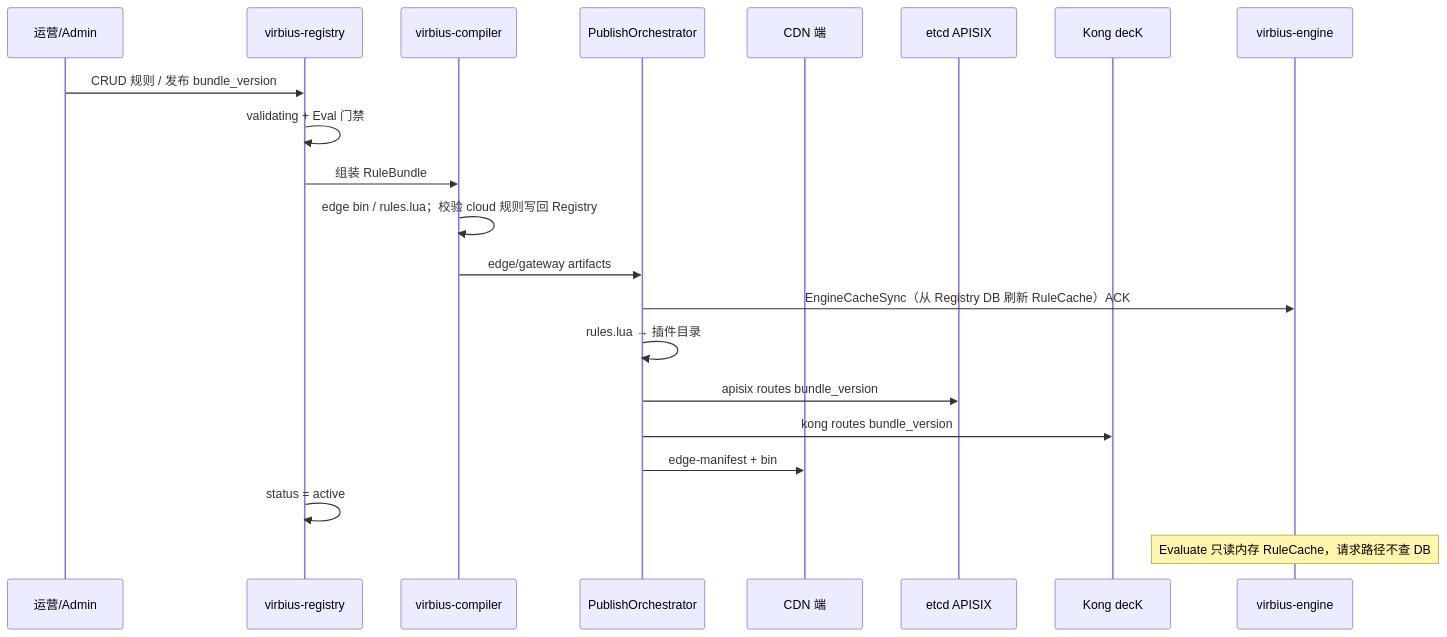
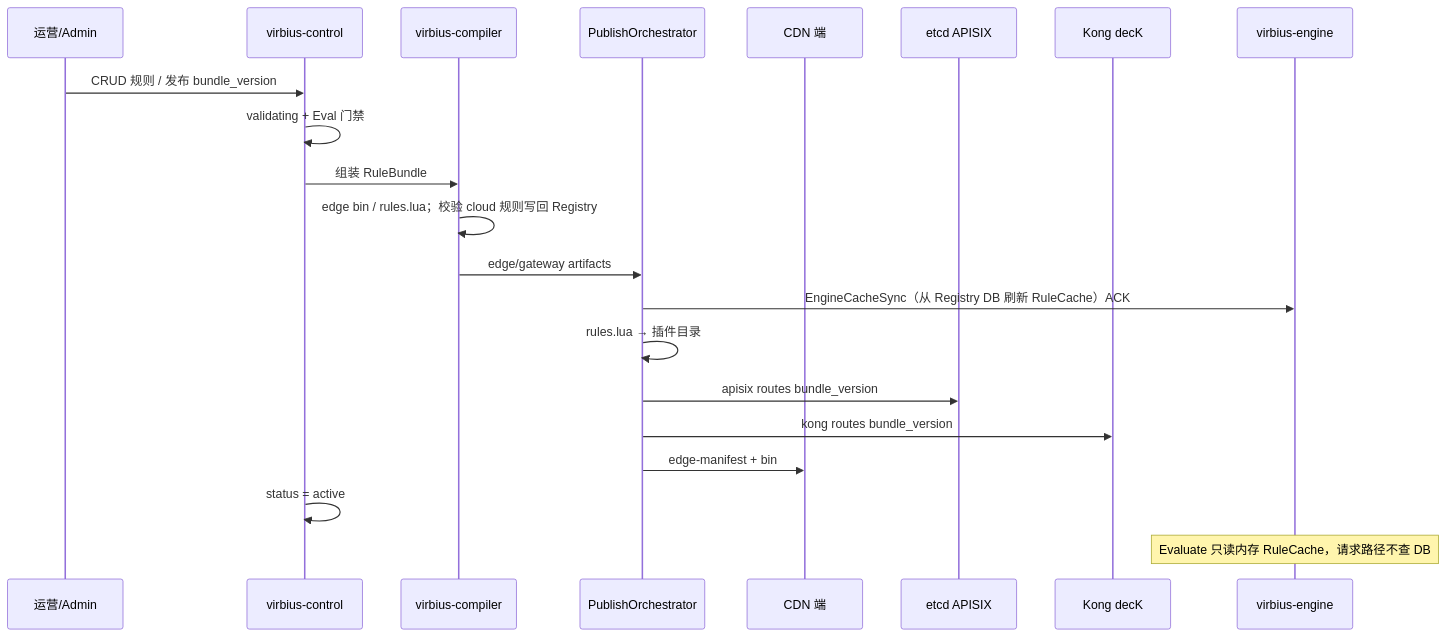
One commit to i1see1you/VirbiusLLM changed the second of 5 diagrams in docs/DESIGN.md. Above: the diagram before and after it, drawn with Mermaid. The commit also changed other lines of this file and 13 other files, not shown here.

````diff
--- a/docs/DESIGN.md
+++ b/docs/DESIGN.md
@@ -238,25 +238,25 @@
 ```mermaid
 sequenceDiagram
   participant Op as 运营/Admin
-  participant Reg as virbius-registry
+  participant Reg as virbius-control
   participant Cmp as virbius-compiler
   participant Pub as PublishOrchestrator
   participant CDN as CDN 端
   participant Etcd as etcd APISIX
   participant Kong as Kong decK
   participant Eng as virbius-engine
 
   Op->>Reg: CRUD 规则 / 发布 bundle_version
   Reg->>Reg: validating + Eval 门禁
   Reg->>Cmp: 组装 RuleBundle
   Cmp->>Cmp: edge bin / rules.lua；校验 cloud 规则写回 Registry
   Cmp->>Pub: edge/gateway artifacts
 
   Pub->>Eng: EngineCacheSync（从 Registry DB 刷新 RuleCache）ACK
   Pub->>Pub: rules.lua → 插件目录
   Pub->>Etcd: apisix routes bundle_version
   Pub->>Kong: kong routes bundle_version
   Pub->>CDN: edge-manifest + bin
   Reg->>Reg: status = active
   Note over Eng: Evaluate 只读内存 RuleCache，请求路径不查 DB
 ```
````
